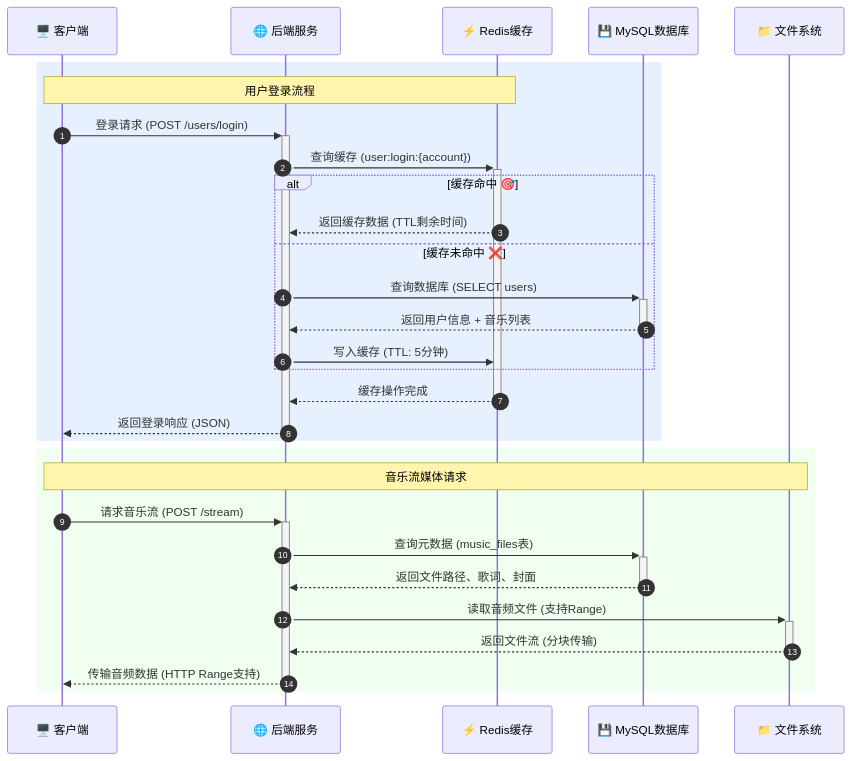
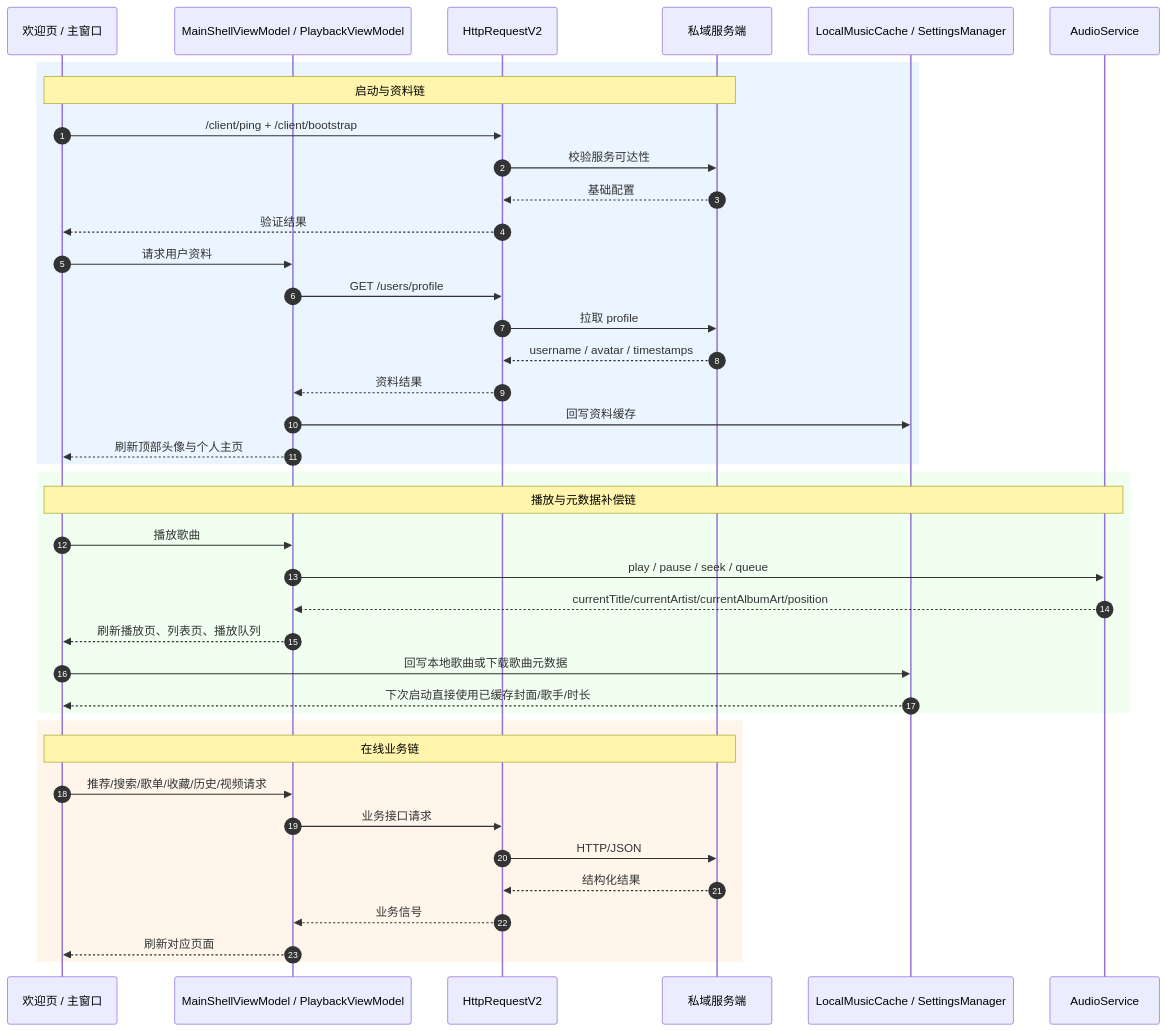
Before and after one commit to shenxi11/ffmpeg_music_player: the diagram in 说明文档/架构草图/数据流程图.mmd, drawn with Mermaid. The commit also changed 35 other files, not shown here.

```diff
--- a/说明文档/架构草图/数据流程图.mmd
+++ b/说明文档/架构草图/数据流程图.mmd
@@ -1,32 +1,43 @@
 sequenceDiagram
     autonumber
-    participant C as 🖥️ 客户端
-    participant S as 🌐 后端服务
-    participant R as ⚡ Redis缓存
-    participant M as 💾 MySQL数据库
-    participant F as 📁 文件系统
-    
-    rect rgb(230, 240, 255)
-    Note over C,R: 用户登录流程
-    C->>+S: 登录请求 (POST /users/login)
-    S->>+R: 查询缓存 (user:login:{account})
-    alt 缓存命中 🎯
-        R-->>S: 返回缓存数据 (TTL剩余时间)
-    else 缓存未命中 ❌
-        S->>+M: 查询数据库 (SELECT users)
-        M-->>-S: 返回用户信息 + 音乐列表
-        S->>R: 写入缓存 (TTL: 5分钟)
+    participant W as 欢迎页 / 主窗口
+    participant VM as MainShellViewModel / PlaybackViewModel
+    participant API as HttpRequestV2
+    participant S as 私域服务端
+    participant C as LocalMusicCache / SettingsManager
+    participant A as AudioService
+
+    rect rgb(235,245,255)
+    Note over W,S: 启动与资料链
+    W->>API: /client/ping + /client/bootstrap
+    API->>S: 校验服务可达性
+    S-->>API: 基础配置
+    API-->>W: 验证结果
+    W->>VM: 请求用户资料
+    VM->>API: GET /users/profile
+    API->>S: 拉取 profile
+    S-->>API: username / avatar / timestamps
+    API-->>VM: 资料结果
+    VM->>C: 回写资料缓存
+    VM-->>W: 刷新顶部头像与个人主页
     end
-    R-->>-S: 缓存操作完成
-    S-->>-C: 返回登录响应 (JSON)
+
+    rect rgb(240,255,240)
+    Note over W,A: 播放与元数据补偿链
+    W->>VM: 播放歌曲
+    VM->>A: play / pause / seek / queue
+    A-->>VM: currentTitle/currentArtist/currentAlbumArt/position
+    VM-->>W: 刷新播放页、列表页、播放队列
+    W->>C: 回写本地歌曲或下载歌曲元数据
+    C-->>W: 下次启动直接使用已缓存封面/歌手/时长
     end
-    
-    rect rgb(240, 255, 240)
-    Note over C,F: 音乐流媒体请求
-    C->>+S: 请求音乐流 (POST /stream)
-    S->>+M: 查询元数据 (music_files表)
-    M-->>-S: 返回文件路径、歌词、封面
-    S->>+F: 读取音频文件 (支持Range)
-    F-->>-S: 返回文件流 (分块传输)
-    S-->>-C: 传输音频数据 (HTTP Range支持)
+
+    rect rgb(255,245,235)
+    Note over W,S: 在线业务链
+    W->>VM: 推荐/搜索/歌单/收藏/历史/视频请求
+    VM->>API: 业务接口请求
+    API->>S: HTTP/JSON
+    S-->>API: 结构化结果
+    API-->>VM: 业务信号
+    VM-->>W: 刷新对应页面
     end
```
